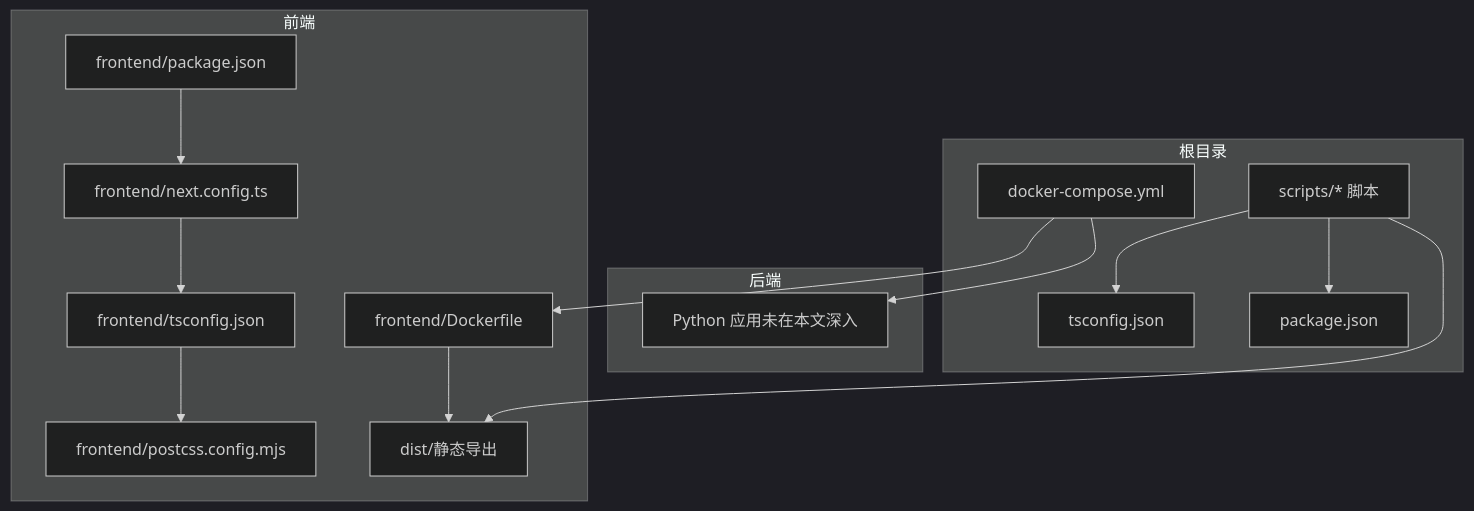
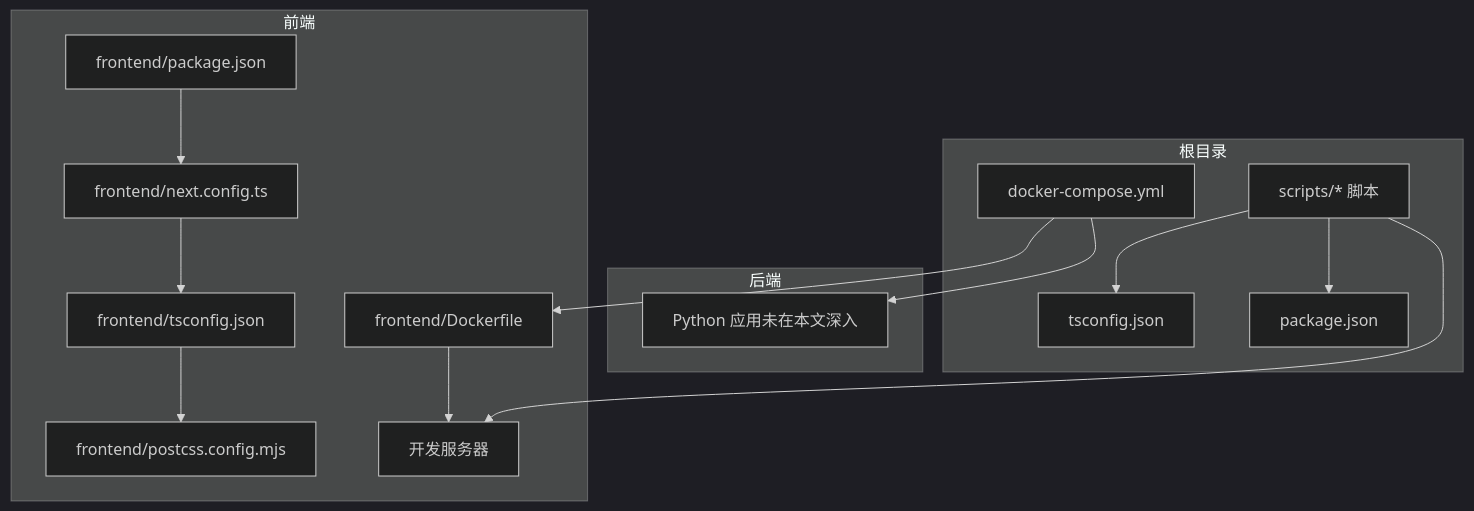
The first of 7 diagrams in .qoder/repowiki/zh/content/开发指南/构建与部署/构建流程.md (ghbbn053-ship-itsoulddog/soulddog), drawn with Mermaid (dark theme) before and after one commit. The commit also changed other lines of this file and 119 other files, not shown here.

````diff
--- a/.qoder/repowiki/zh/content/开发指南/构建与部署/构建流程.md
+++ b/.qoder/repowiki/zh/content/开发指南/构建与部署/构建流程.md
@@ -48,29 +55,29 @@
 ```mermaid
 graph TB
 subgraph "前端"
 FE_PKG["frontend/package.json"]
 FE_NEXT["frontend/next.config.ts"]
 FE_TS["frontend/tsconfig.json"]
 FE_DOCKER["frontend/Dockerfile"]
 FE_POSTCSS["frontend/postcss.config.mjs"]
-FE_DIST["dist/静态导出"]
+FE_DEV["开发服务器"]
 end
 subgraph "后端"
 PY_APP["Python 应用未在本文深入"]
 end
 subgraph "根目录"
 ROOT_TS["tsconfig.json"]
 ROOT_PKG["package.json"]
 SCRIPTS["scripts/* 脚本"]
 DC["docker-compose.yml"]
 end
 FE_PKG --> FE_NEXT
 FE_NEXT --> FE_TS
 FE_TS --> FE_POSTCSS
-FE_DOCKER --> FE_DIST
-SCRIPTS --> FE_DIST
+FE_DOCKER --> FE_DEV
+SCRIPTS --> FE_DEV
 SCRIPTS --> ROOT_TS
 SCRIPTS --> ROOT_PKG
 DC --> FE_DOCKER
 DC --> PY_APP
 ```
````
